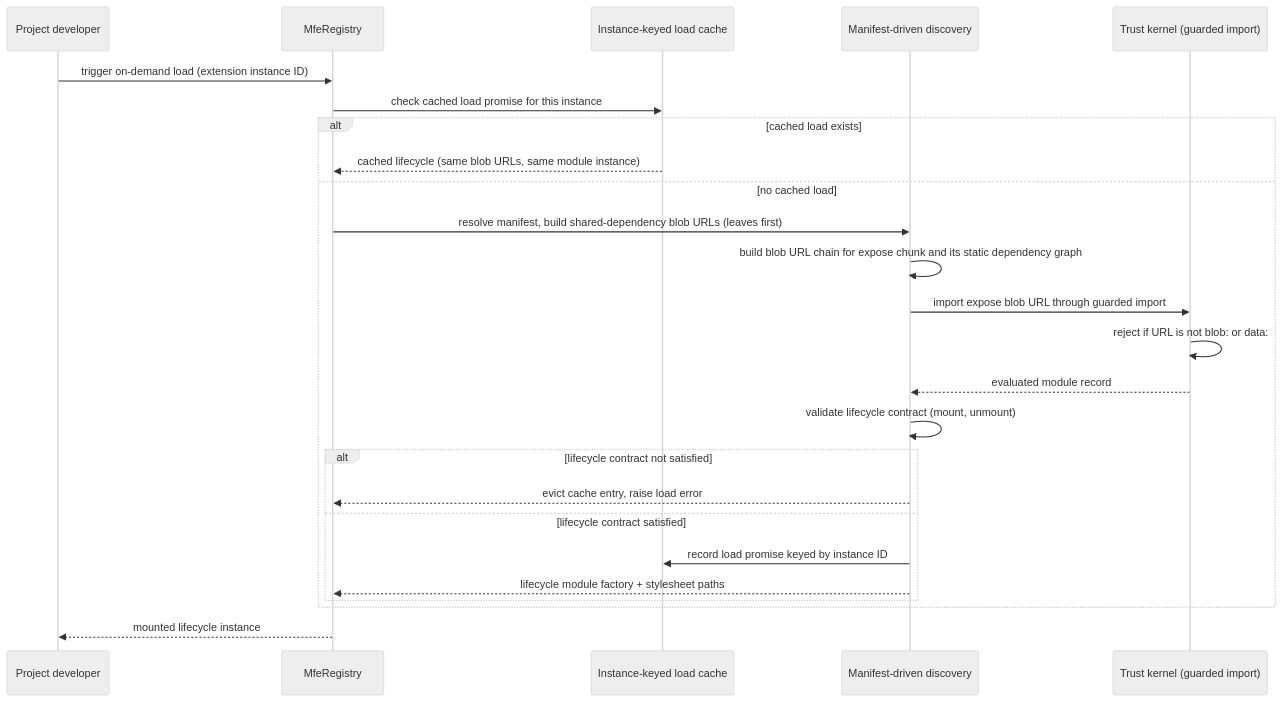
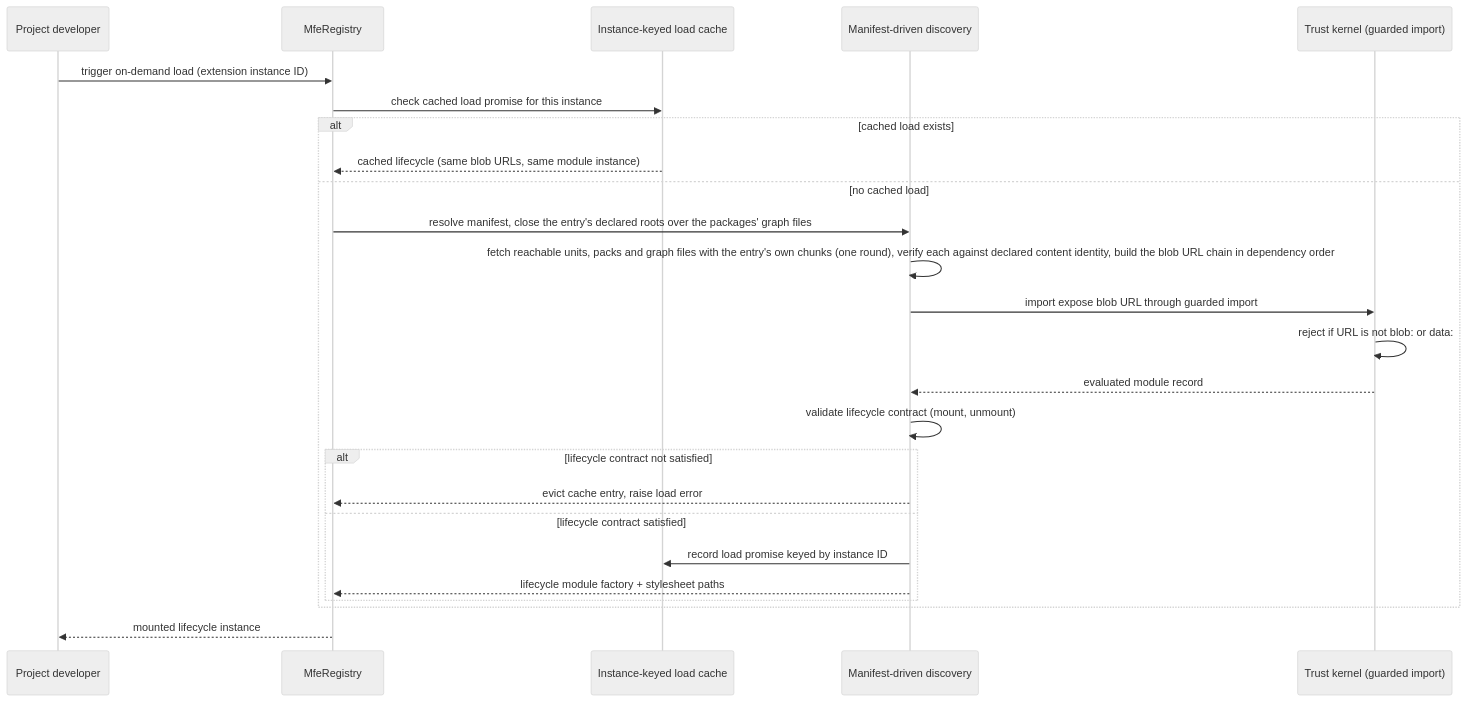
One commit to GeraBart/gears-frontx changed the second of 5 diagrams in packages/mfes/architecture/DESIGN.md. Above: the diagram before and after it, drawn with Mermaid (neutral theme). The commit also changed other lines of this file and 3 other files, not shown here.

Commit message:
docs(architecture): align SDLC artifacts with shared-dep reuse decisions (#718)

````diff
--- a/packages/mfes/architecture/DESIGN.md
+++ b/packages/mfes/architecture/DESIGN.md
@@ -364,27 +373,27 @@
 ```mermaid
 sequenceDiagram
     participant Dev as Project developer
     participant Reg as MfeRegistry
     participant Cache as Instance-keyed load cache
     participant Disc as Manifest-driven discovery
     participant TK as Trust kernel (guarded import)
     Dev->>Reg: trigger on-demand load (extension instance ID)
     Reg->>Cache: check cached load promise for this instance
     alt cached load exists
         Cache-->>Reg: cached lifecycle (same blob URLs, same module instance)
     else no cached load
-        Reg->>Disc: resolve manifest, build shared-dependency blob URLs (leaves first)
-        Disc->>Disc: build blob URL chain for expose chunk and its static dependency graph
+        Reg->>Disc: resolve manifest, close the entry's declared roots over the packages' graph files
+        Disc->>Disc: fetch reachable units, packs and graph files with the entry's own chunks (one round), verify each against declared content identity, build the blob URL chain in dependency order
         Disc->>TK: import expose blob URL through guarded import
         TK->>TK: reject if URL is not blob: or data:
         TK-->>Disc: evaluated module record
         Disc->>Disc: validate lifecycle contract (mount, unmount)
         alt lifecycle contract not satisfied
             Disc-->>Reg: evict cache entry, raise load error
         else lifecycle contract satisfied
             Disc->>Cache: record load promise keyed by instance ID
             Disc-->>Reg: lifecycle module factory + stylesheet paths
         end
     end
     Reg-->>Dev: mounted lifecycle instance
 ```
````
